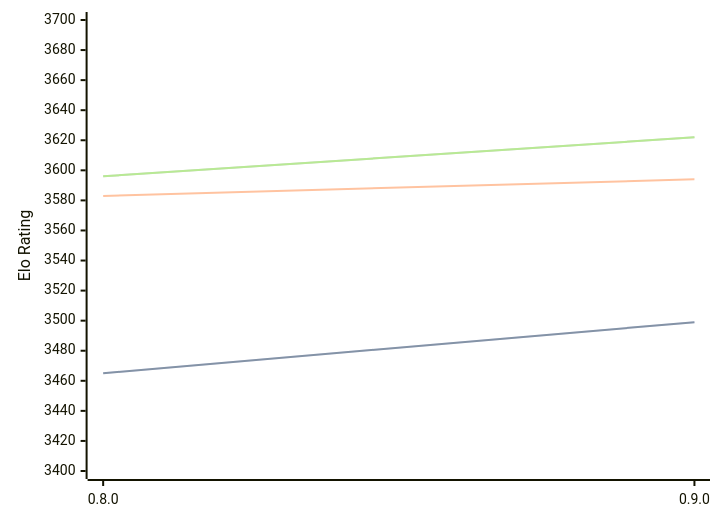
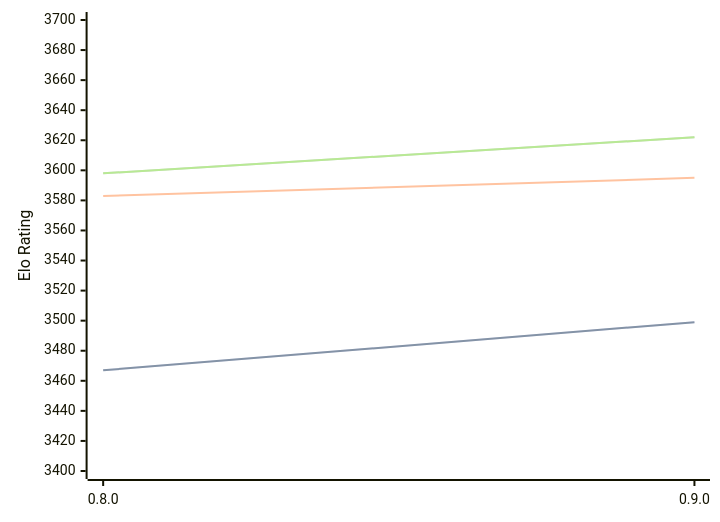
Before and after one commit to computer-chess-index/cci: the diagram in engines/Reckless.md, drawn with Mermaid. The commit also changed other lines of this file, not shown here.

Commit message:
Update CCI Ratings (ELO VLTC) - 2026-04-07

````diff
--- a/engines/Reckless.md
+++ b/engines/Reckless.md
@@ -39,11 +39,11 @@
 ```mermaid
 %%{init: {"theme":"base","themeVariables":{"seriesColors:['#a3a3a3','#222221','#faa371']}}}%%
 xychart-beta
   x-axis ["0.8.0", "0.9.0"]
   y-axis "Elo Rating" 3400 --> 3700
-  line "STC (8.0+0.08s)" [3465, 3499]
-  line "STC (8.0+0.08s)" [3465, 3499]
-  line "LTC (60.0+0.60s)" [3583, 3594]
-  line "VLTC (2m24s+1.12s)" [3596, 3622]
-  line "VLTC (2m24s+1.12s)" [3596, 3622]
+  line "STC (8.0+0.08s)" [3467, 3499]
+  line "STC (8.0+0.08s)" [3467, 3499]
+  line "LTC (60.0+0.60s)" [3583, 3595]
+  line "VLTC (2m24s+1.12s)" [3598, 3622]
+  line "VLTC (2m24s+1.12s)" [3598, 3622]
 ```
````
